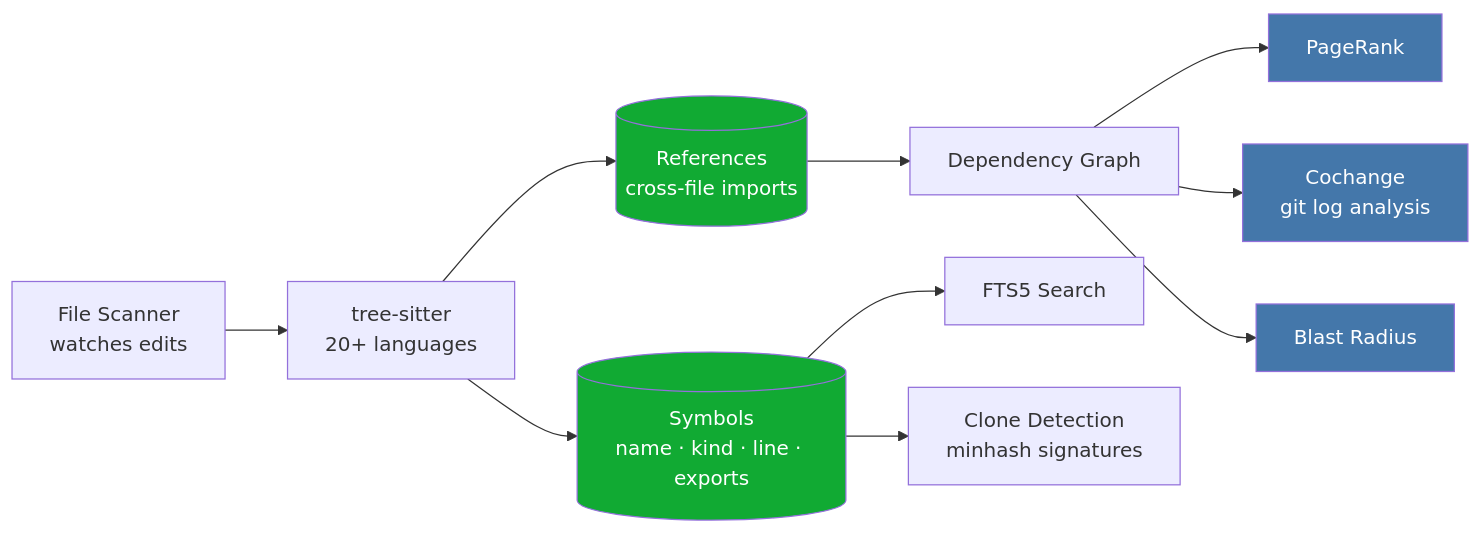
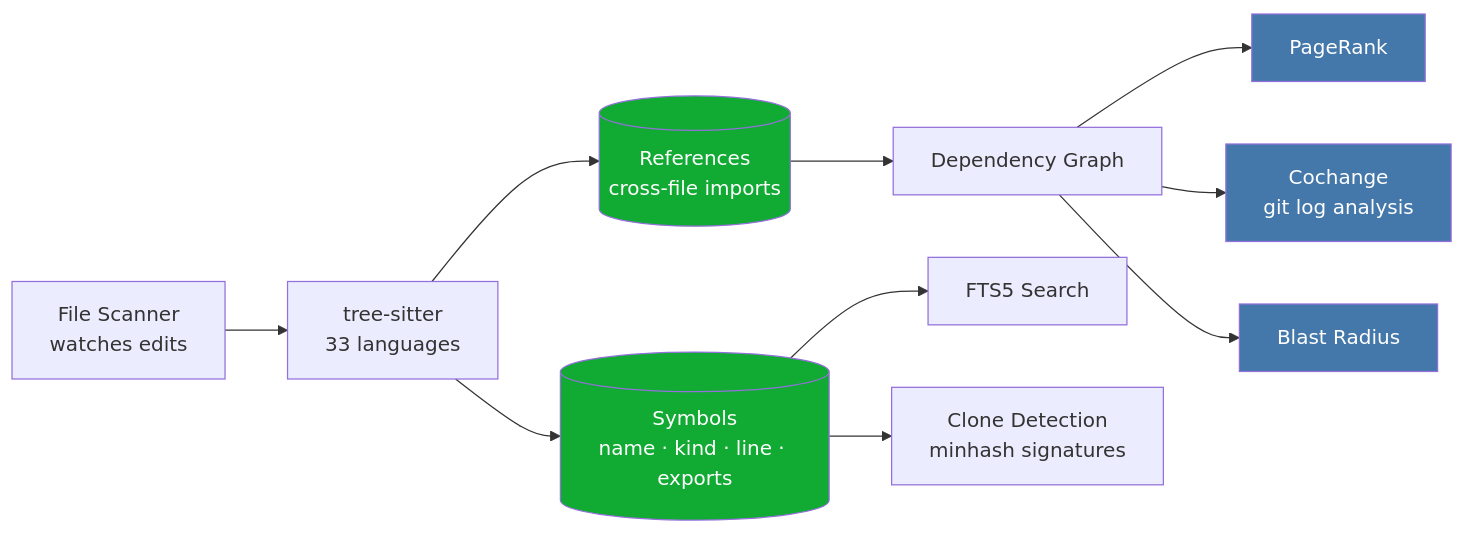
One commit to future3OOO/soulforge changed the fourth of 5 diagrams in README.md. Above: the diagram before and after it, drawn with Mermaid. The commit also changed other lines of this file and 5 other files, not shown here.

````diff
--- a/README.md
+++ b/README.md
@@ -450,18 +450,18 @@
 ```mermaid
 graph LR
-    Scan[File Scanner<br/>watches edits] --> Parse[tree-sitter<br/>20+ languages]
+    Scan[File Scanner<br/>watches edits] --> Parse[tree-sitter<br/>33 languages]
     Parse --> Symbols[(Symbols<br/>name · kind · line · exports)]
     Parse --> Refs[(References<br/>cross-file imports)]
     Refs --> Graph[Dependency Graph]
     Graph --> PR[PageRank]
     Graph --> CC[Cochange<br/>git log analysis]
     Graph --> BR[Blast Radius]
     Symbols --> FTS[FTS5 Search]
     Symbols --> Clones[Clone Detection<br/>minhash signatures]
 
     style Symbols fill:#1a3,color:#fff
     style Refs fill:#1a3,color:#fff
     style PR fill:#47a,color:#fff
     style CC fill:#47a,color:#fff
     style BR fill:#47a,color:#fff
 ```
````
